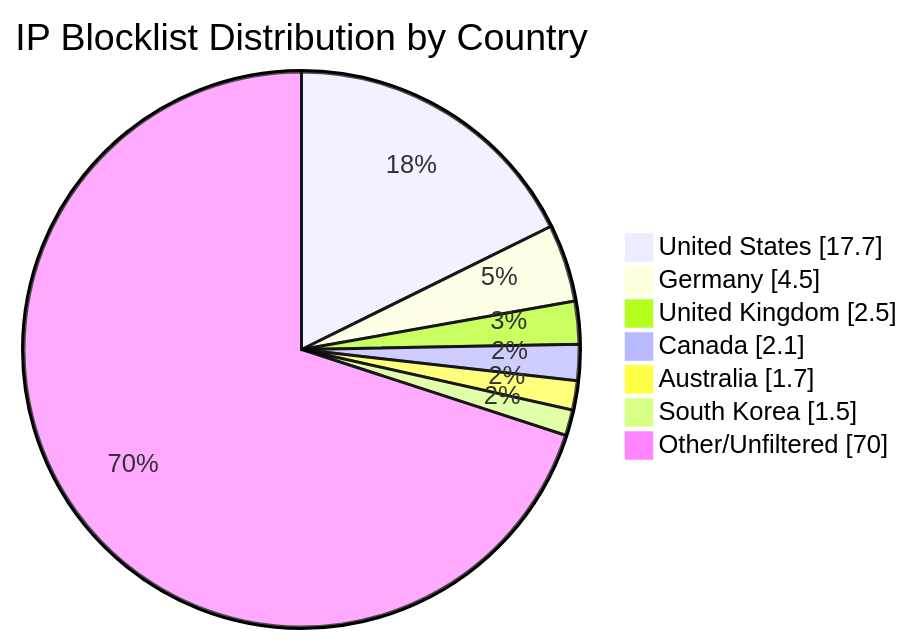
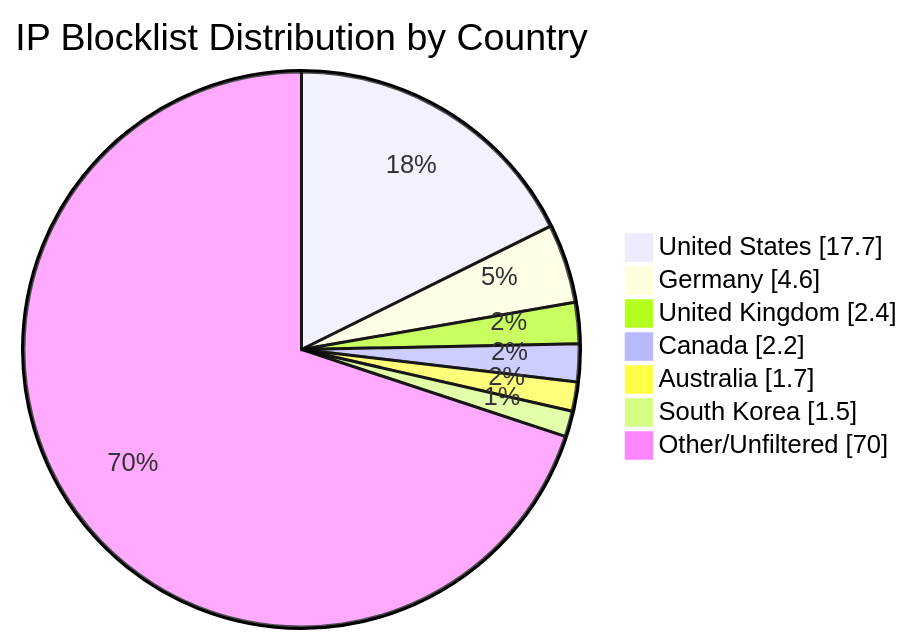
One commit to MarcusHoltz/ipblocklist-geofiltered-aggregator changed the diagram in README.md. Above: the diagram before and after it, drawn with Mermaid. The commit also changed other lines of this file and 9 other files, not shown here.

````diff
--- a/README.md
+++ b/README.md
@@ -34,10 +34,10 @@
 ```mermaid
 pie showData title IP Blocklist Distribution by Country
 "United States" : 17.7
-"Germany" : 4.5
-"United Kingdom" : 2.5
-"Canada" : 2.1
+"Germany" : 4.6
+"United Kingdom" : 2.4
+"Canada" : 2.2
 "Australia" : 1.7
 "South Korea" : 1.5
 "Other/Unfiltered" : 70.0
 ```
````
